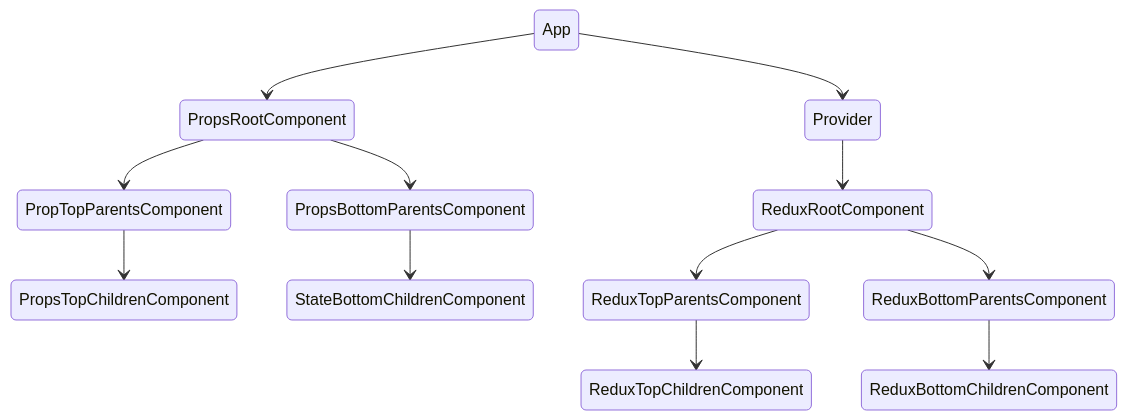
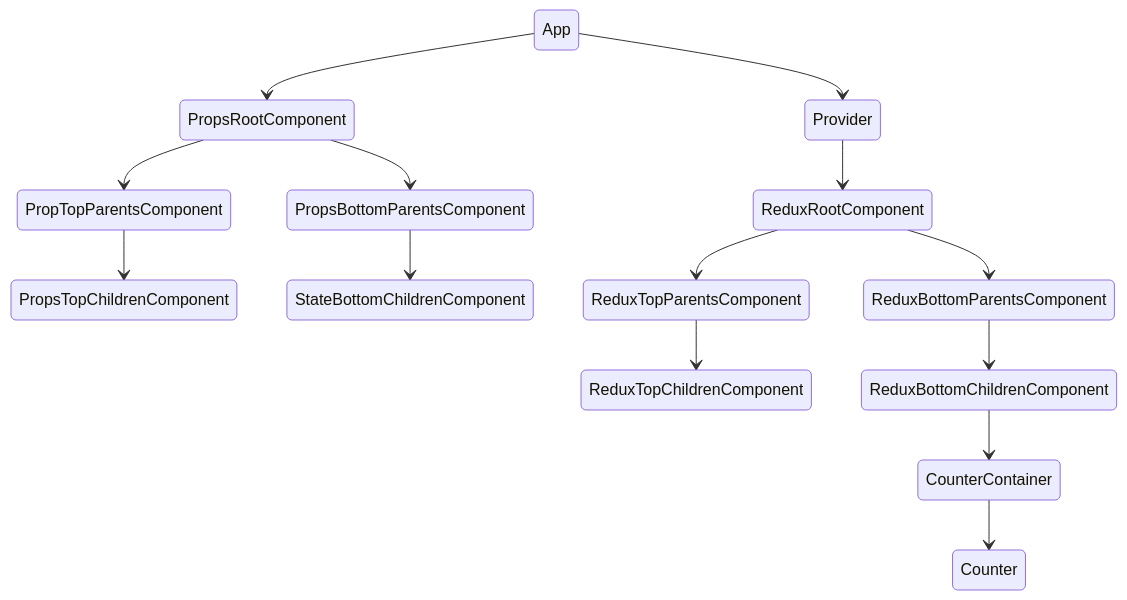
Before and after one commit to devyhan/react-native-example-projects: the diagram in react-native-redux-typescript/README.md, drawn with Mermaid. The commit also changed other lines of this file and 85 other files, not shown here.

````diff
--- a/react-native-redux-typescript/README.md
+++ b/react-native-redux-typescript/README.md
@@ -1,20 +1,23 @@
 ```mermaid
 stateDiagram-v2
 
 App --> PropsRootComponent
 App --> Provider 
 
 Provider --> ReduxRootComponent
 
 PropsRootComponent --> PropTopParentsComponent
 PropsRootComponent --> PropsBottomParentsComponent
 
 PropTopParentsComponent --> PropsTopChildrenComponent
 PropsBottomParentsComponent --> StateBottomChildrenComponent
 
 ReduxRootComponent --> ReduxTopParentsComponent
 ReduxRootComponent --> ReduxBottomParentsComponent
 
 ReduxTopParentsComponent --> ReduxTopChildrenComponent
 ReduxBottomParentsComponent --> ReduxBottomChildrenComponent
+
+ReduxBottomChildrenComponent --> CounterContainer
+CounterContainer --> Counter
 ```
````
